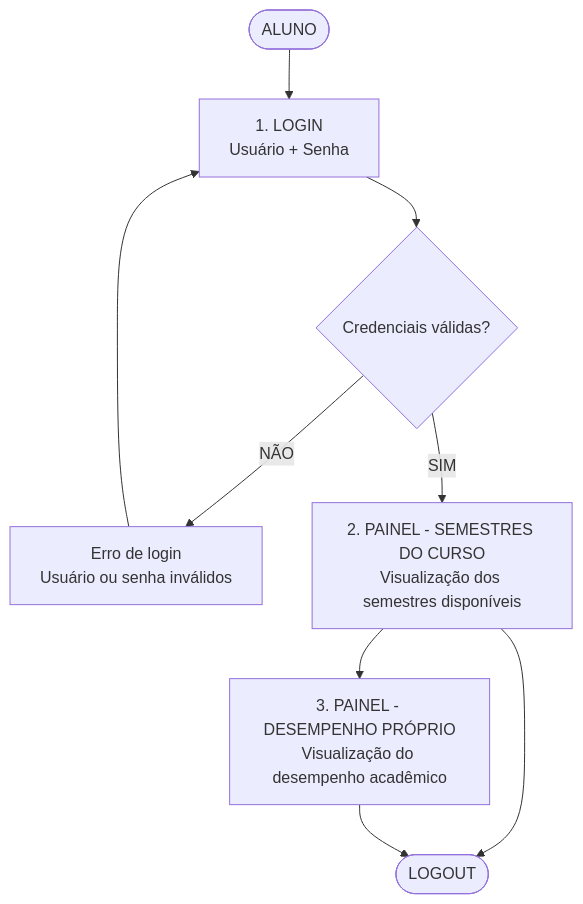
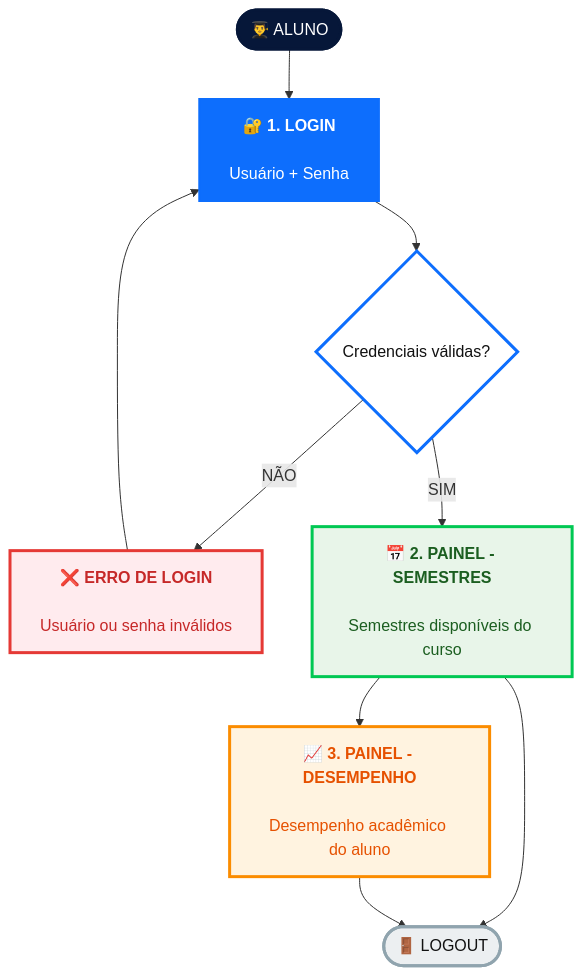
Before and after one commit to jvondoellinger/Projeto-Integra-o-Escola-Software-PIES: the second of 2 diagrams in README.md, drawn with Mermaid. The commit also changed other lines of this file, not shown here.

````diff
--- a/README.md
+++ b/README.md
@@ -84,30 +95,40 @@
 ```mermaid
 flowchart TD
 
-    A([ALUNO])
+    A([👨‍🎓 ALUNO])
 
-    B[1. LOGIN<br/>Usuário + Senha]
+    B["🔐 <b>1. LOGIN</b><br/><br/>Usuário + Senha"]
 
-    C{Credenciais válidas?}
+    C{"Credenciais válidas?"}
 
-    D[Erro de login<br/>Usuário ou senha inválidos]
+    D["❌ <b>ERRO DE LOGIN</b><br/><br/>Usuário ou senha inválidos"]
 
-    E[2. PAINEL - SEMESTRES DO CURSO<br/>Visualização dos semestres disponíveis]
+    E["📅 <b>2. PAINEL - SEMESTRES</b><br/><br/>Semestres disponíveis do curso"]
 
-    F[3. PAINEL - DESEMPENHO PRÓPRIO<br/>Visualização do desempenho acadêmico]
+    F["📈 <b>3. PAINEL - DESEMPENHO</b><br/><br/>Desempenho acadêmico do aluno"]
 
-    G([LOGOUT])
+    G([🚪 LOGOUT])
 
     A --> B
     B --> C
 
     C -- NÃO --> D
     D --> B
 
     C -- SIM --> E
 
     E --> F
 
     E --> G
     F --> G
+
+    %% CORES
+
+    style A fill:#061739,color:#fff,stroke:#061739,stroke-width:3px
+    style B fill:#0D6EFD,color:#fff,stroke:#0D6EFD,stroke-width:2px
+    style C fill:#ffffff,color:#111,stroke:#0D6EFD,stroke-width:3px
+    style D fill:#FFEBEE,color:#C62828,stroke:#E53935,stroke-width:3px
+    style E fill:#E8F5E9,color:#1B5E20,stroke:#00C853,stroke-width:3px
+    style F fill:#FFF3E0,color:#E65100,stroke:#FB8C00,stroke-width:3px
+    style G fill:#ECEFF1,color:#111,stroke:#90A4AE,stroke-width:3px
 ```
````
